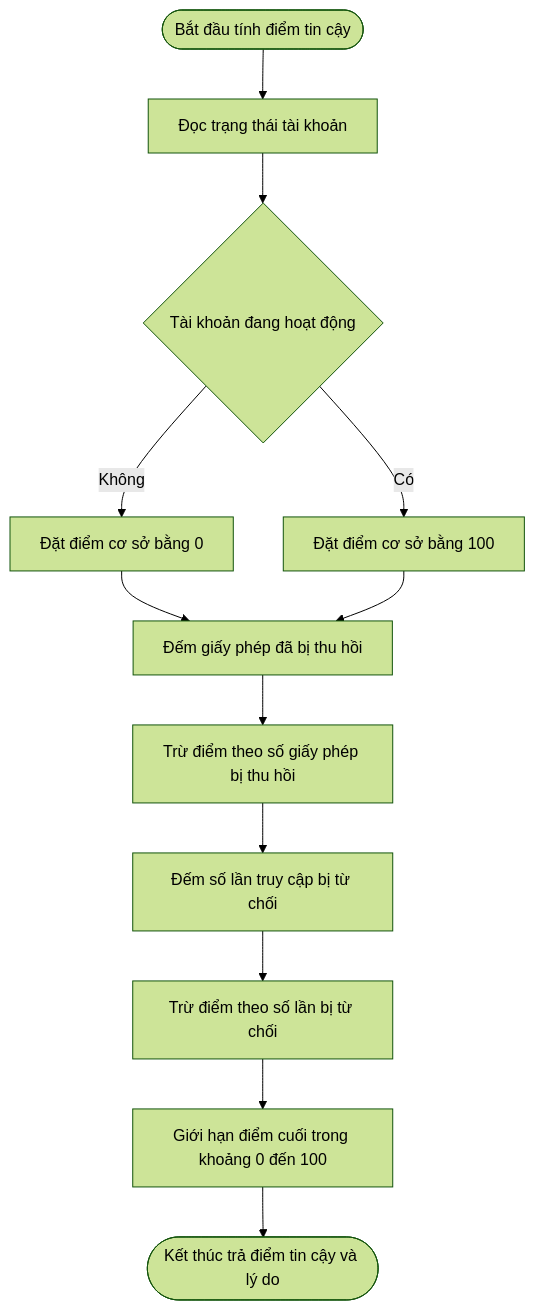
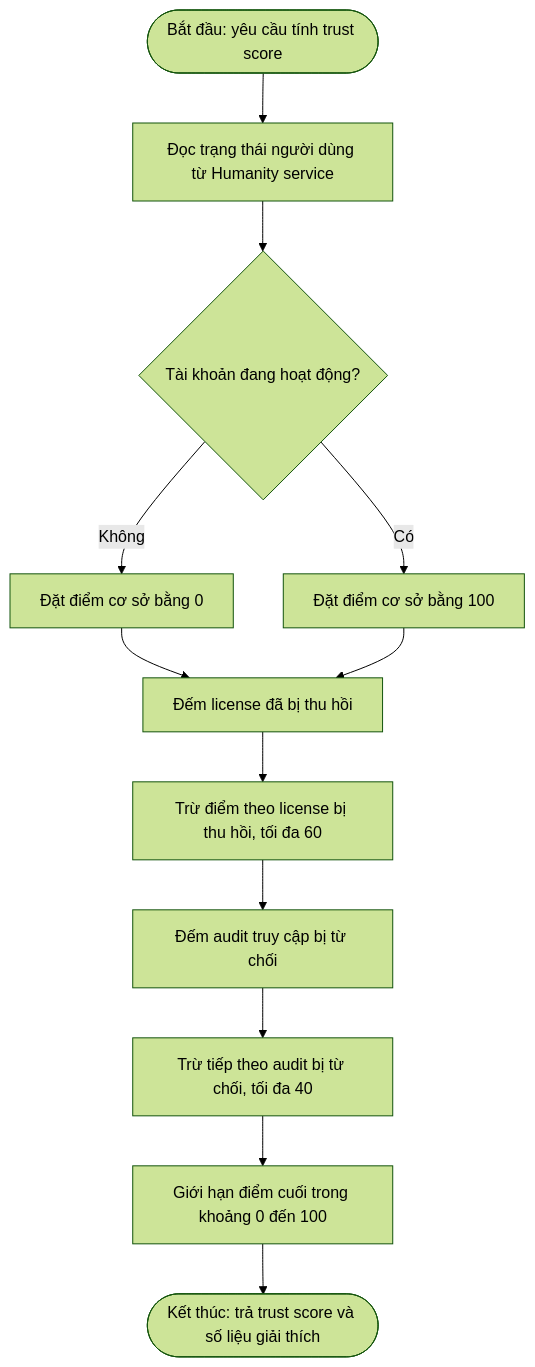
One commit to MinTruqday/dl changed the eighth of 10 diagrams in drm_full_workflow_guide.md. Above: the diagram before and after it, drawn with Mermaid (forest theme). The commit also changed other lines of this file and 78 other files, not shown here.

````diff
--- a/drm_full_workflow_guide.md
+++ b/drm_full_workflow_guide.md
@@ -267,14 +193,14 @@
 ```mermaid
 flowchart TD
-    Start([Bắt đầu tính điểm tin cậy]) --> LoadUser[Đọc trạng thái tài khoản]
-    LoadUser --> IsActive{Tài khoản đang hoạt động}
+    Start([Bắt đầu: yêu cầu tính trust score]) --> LoadUser[Đọc trạng thái người dùng từ Humanity service]
+    LoadUser --> IsActive{Tài khoản đang hoạt động?}
     IsActive -->|Không| SetZero[Đặt điểm cơ sở bằng 0]
     IsActive -->|Có| SetHundred[Đặt điểm cơ sở bằng 100]
-    SetZero --> CountRevoked[Đếm giấy phép đã bị thu hồi]
+    SetZero --> CountRevoked[Đếm license đã bị thu hồi]
     SetHundred --> CountRevoked
-    CountRevoked --> DeductRevoked[Trừ điểm theo số giấy phép bị thu hồi]
-    DeductRevoked --> CountDenied[Đếm số lần truy cập bị từ chối]
-    CountDenied --> DeductDenied[Trừ điểm theo số lần bị từ chối]
+    CountRevoked --> DeductRevoked[Trừ điểm theo license bị thu hồi, tối đa 60]
+    DeductRevoked --> CountDenied[Đếm audit truy cập bị từ chối]
+    CountDenied --> DeductDenied[Trừ tiếp theo audit bị từ chối, tối đa 40]
     DeductDenied --> ClampScore[Giới hạn điểm cuối trong khoảng 0 đến 100]
-    ClampScore --> End([Kết thúc trả điểm tin cậy và lý do])
+    ClampScore --> End([Kết thúc: trả trust score và số liệu giải thích])
 ```
````
